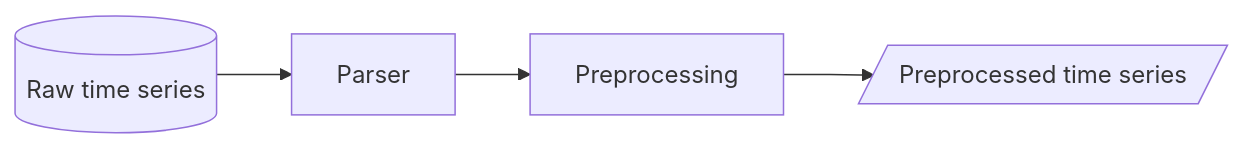
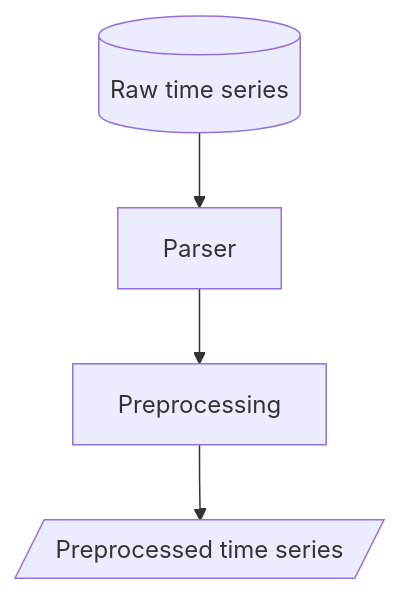
The first of 2 diagrams in profile/README.md (biomarkersParkinson/.github), drawn with Mermaid before and after one commit. The commit also changed other lines of this file, not shown here.

Commit message:
Change workflow graphs orientation
Otherwise they are difficult to read

````diff
--- a/profile/README.md
+++ b/profile/README.md
@@ -29,4 +29,4 @@
 ```mermaid
-graph LR;
+graph TD;
     Input[("Raw time series")] --> Parser --> Preprocessing --> Output[/Preprocessed time series/]
 ```
````
